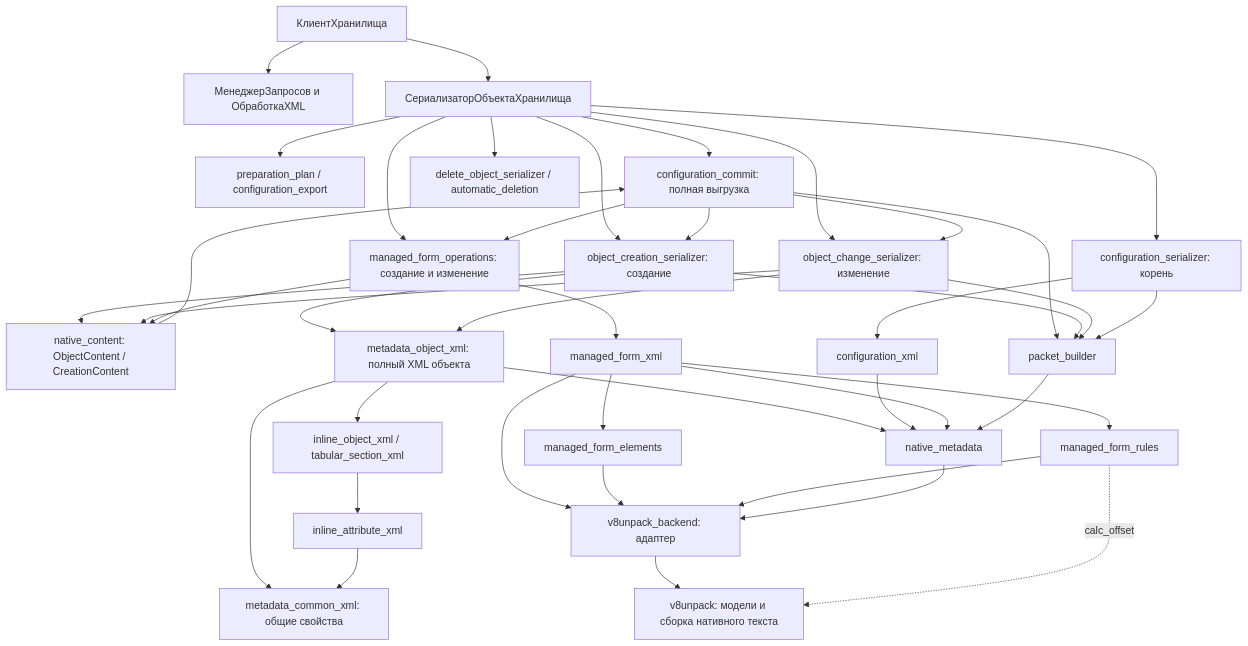
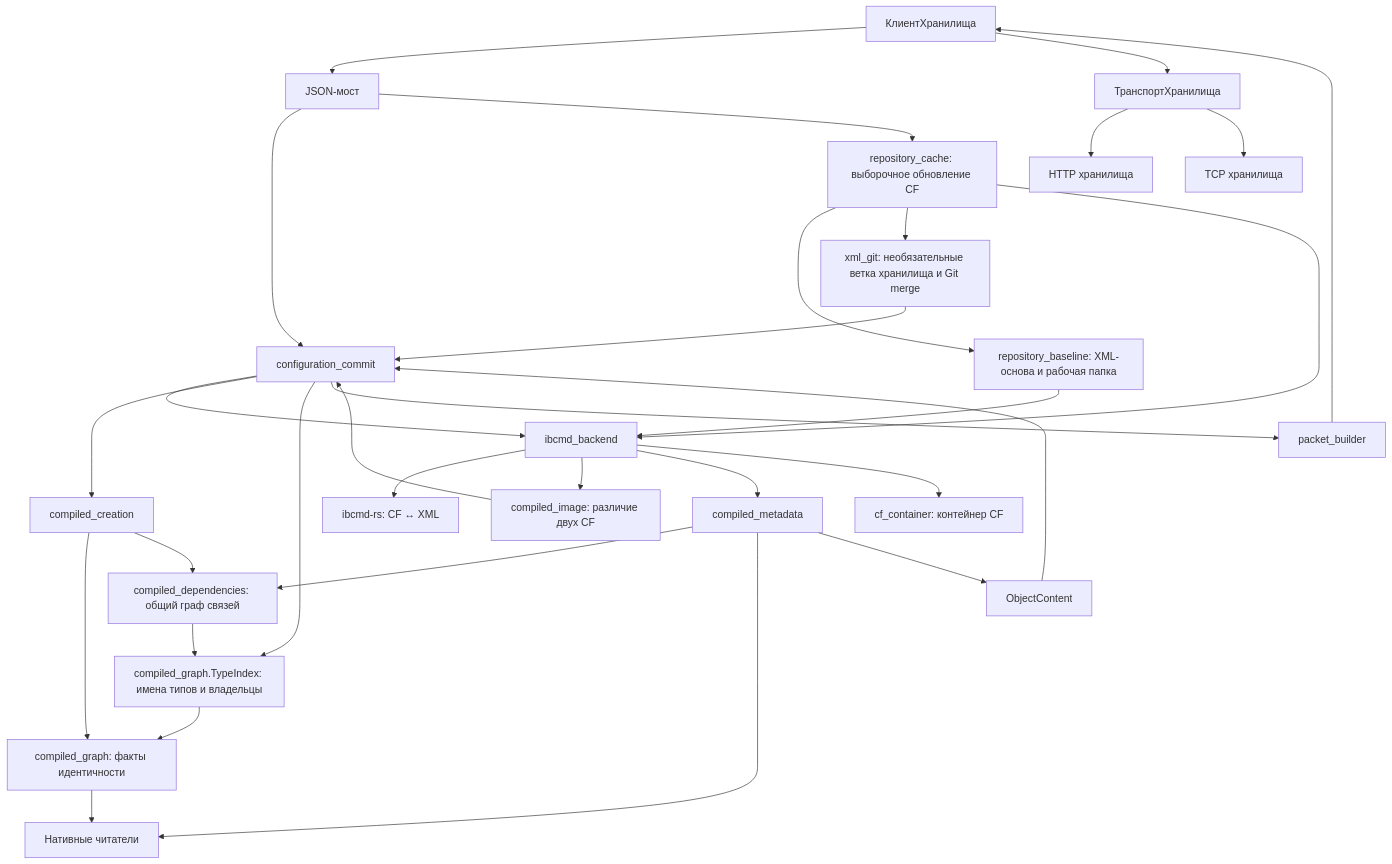
One commit to aliferovalex/crs-api changed the diagram in docs/module-map.md. Above: the diagram before and after it, drawn with Mermaid. The commit also changed other lines of this file and 485 other files, not shown here.

Commit message:
feat: adopt ibcmd backend, TCP transport and unified commit workflow

````diff
--- a/docs/module-map.md
+++ b/docs/module-map.md
@@ -11,43 +5,33 @@
 ```mermaid
 flowchart TD
-    Client[КлиентХранилища] --> HTTP[МенеджерЗапросов и ОбработкаXML]
-    Client --> Bridge[СериализаторОбъектаХранилища]
-    Bridge --> Plan[preparation_plan / configuration_export]
-    Bridge --> Commit[configuration_commit: полная выгрузка]
-    Bridge --> Create[object_creation_serializer: создание]
-    Bridge --> Change[object_change_serializer: изменение]
-    Bridge --> Root[configuration_serializer: корень]
-    Bridge --> Forms[managed_form_operations: создание и изменение]
-    Bridge --> Delete[delete_object_serializer / automatic_deletion]
-    Commit --> Create
-    Commit --> Change
-    Commit --> Forms
-    Create --> Content[native_content: ObjectContent / CreationContent]
-    Change --> Content
-    Forms --> Content
-    Content --> Commit
-    Commit --> Packet[packet_builder: конечный пакет]
-    Create --> XML[metadata_object_xml: полный XML объекта]
-    Change --> XML
-    Root --> RootXML[configuration_xml]
-    Forms --> FormXML[managed_form_xml]
-    XML --> Common[metadata_common_xml: общие свойства]
-    XML --> Inline[inline_object_xml / tabular_section_xml]
-    Inline --> Attribute[inline_attribute_xml]
-    Attribute --> Common
-    XML --> Native[native_metadata]
-    RootXML --> Native
-    FormXML --> Native
-    Create --> Packet[packet_builder]
-    Change --> Packet
-    Root --> Packet
-    Packet --> Native
-    FormXML --> Elements[managed_form_elements]
-    FormXML --> Rules[managed_form_rules]
-    FormXML --> Backend[v8unpack_backend: адаптер]
-    Elements --> Backend
-    Rules --> Backend
-    Native --> Backend
-    Backend --> V8[v8unpack: модели и сборка нативного текста]
-    Rules -. calc_offset .-> V8
+ Client[КлиентХранилища] --> Bridge[JSON-мост]
+ Bridge --> Commit[configuration_commit]
+ Bridge --> Cache[repository_cache: выборочное обновление CF]
+ Cache --> Basis[repository_baseline: XML-основа и рабочая папка]
+ Basis --> Compiler[ibcmd_backend]
+ Cache --> XMLGit[xml_git: необязательные ветка хранилища и Git merge]
+ XMLGit --> Commit
+ Cache --> Compiler[ibcmd_backend]
+ Commit --> Compiler
+ Compiler --> External[ibcmd-rs: CF ↔ XML]
+ Compiler --> Delta[compiled_image: различие двух CF]
+ Delta --> Commit
+ Compiler --> Checks[compiled_metadata]
+ Commit --> Creation[compiled_creation]
+ Creation --> Facts[compiled_graph: факты идентичности]
+ Facts --> Readers
+ Commit --> Types[compiled_graph.TypeIndex: имена типов и владельцы]
+ Types --> Facts
+ Creation --> Links[compiled_dependencies: общий граф связей]
+ Checks --> Links
+ Links --> Types
+ Checks --> Readers[Нативные читатели]
+ Checks --> Content[ObjectContent]
+ Content --> Commit
+ Commit --> Packet[packet_builder]
+ Packet --> Client
+ Client --> Transport[ТранспортХранилища]
+ Transport --> HTTP[HTTP хранилища]
+ Transport --> TCP[TCP хранилища]
+ Compiler --> CF[cf_container: контейнер CF]
 ```
````
